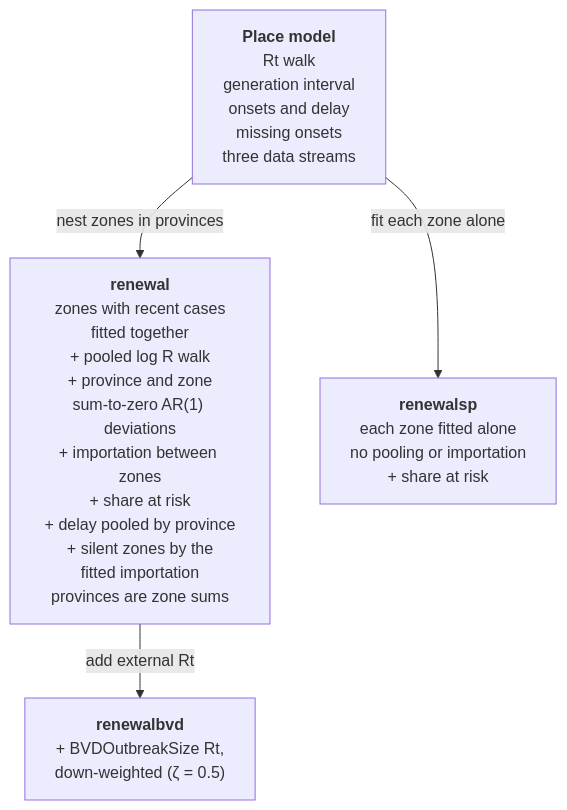
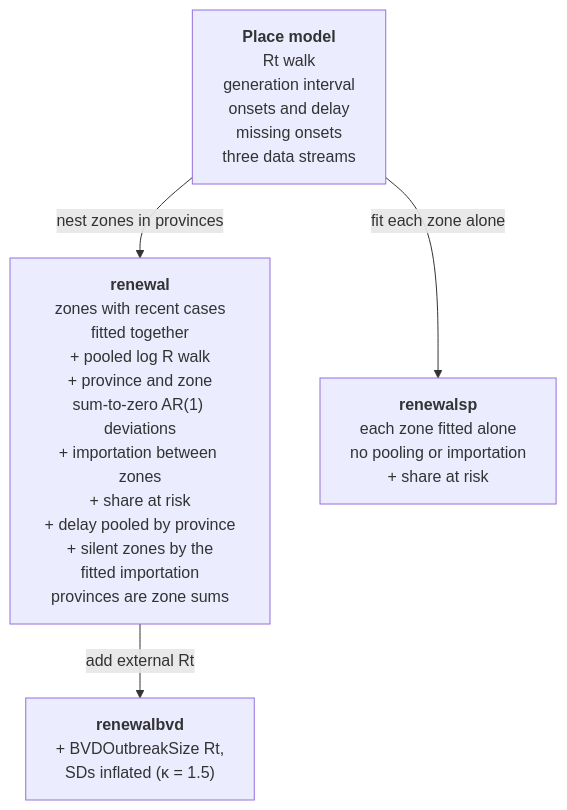
The diagram in docs/methods/model.md (seabbs/bdbv-hub-modelling), drawn with Mermaid before and after one commit. The commit also changed other lines of this file and 11 other files, not shown here.

````diff
--- a/docs/methods/model.md
+++ b/docs/methods/model.md
@@ -22,11 +16,11 @@
 ```mermaid
 flowchart TD
     PM["<b>Place model</b><br/>Rt walk<br/>generation interval<br/>onsets and delay<br/>missing onsets<br/>three data streams"]
     RN["<b>renewal</b><br/>zones with recent cases<br/>fitted together<br/>+ pooled log R walk<br/>+ province and zone<br/>sum-to-zero AR(1) deviations<br/>+ importation between zones<br/>+ share at risk<br/>+ delay pooled by province<br/>+ silent zones by the<br/>fitted importation<br/>provinces are zone sums"]
-    BV["<b>renewalbvd</b><br/>+ BVDOutbreakSize Rt,<br/>down-weighted (ζ = 0.5)"]
+    BV["<b>renewalbvd</b><br/>+ BVDOutbreakSize Rt,<br/>SDs inflated (κ = 1.5)"]
     SP["<b>renewalsp</b><br/>each zone fitted alone<br/>no pooling or importation<br/>+ share at risk"]
 
     PM -- "nest zones in provinces" --> RN
     RN -- "add external Rt" --> BV
     PM -- "fit each zone alone" --> SP
 ```
````
